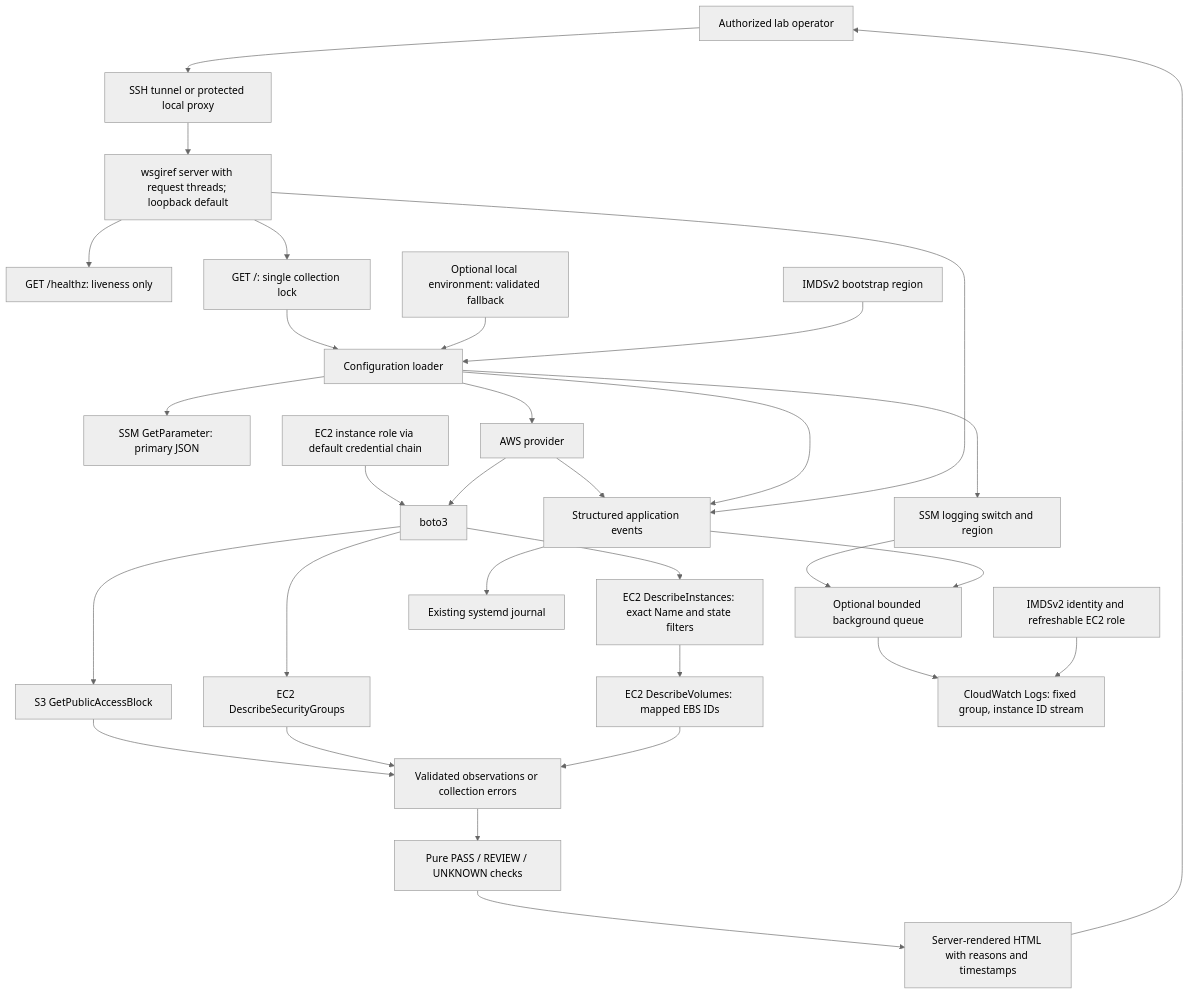
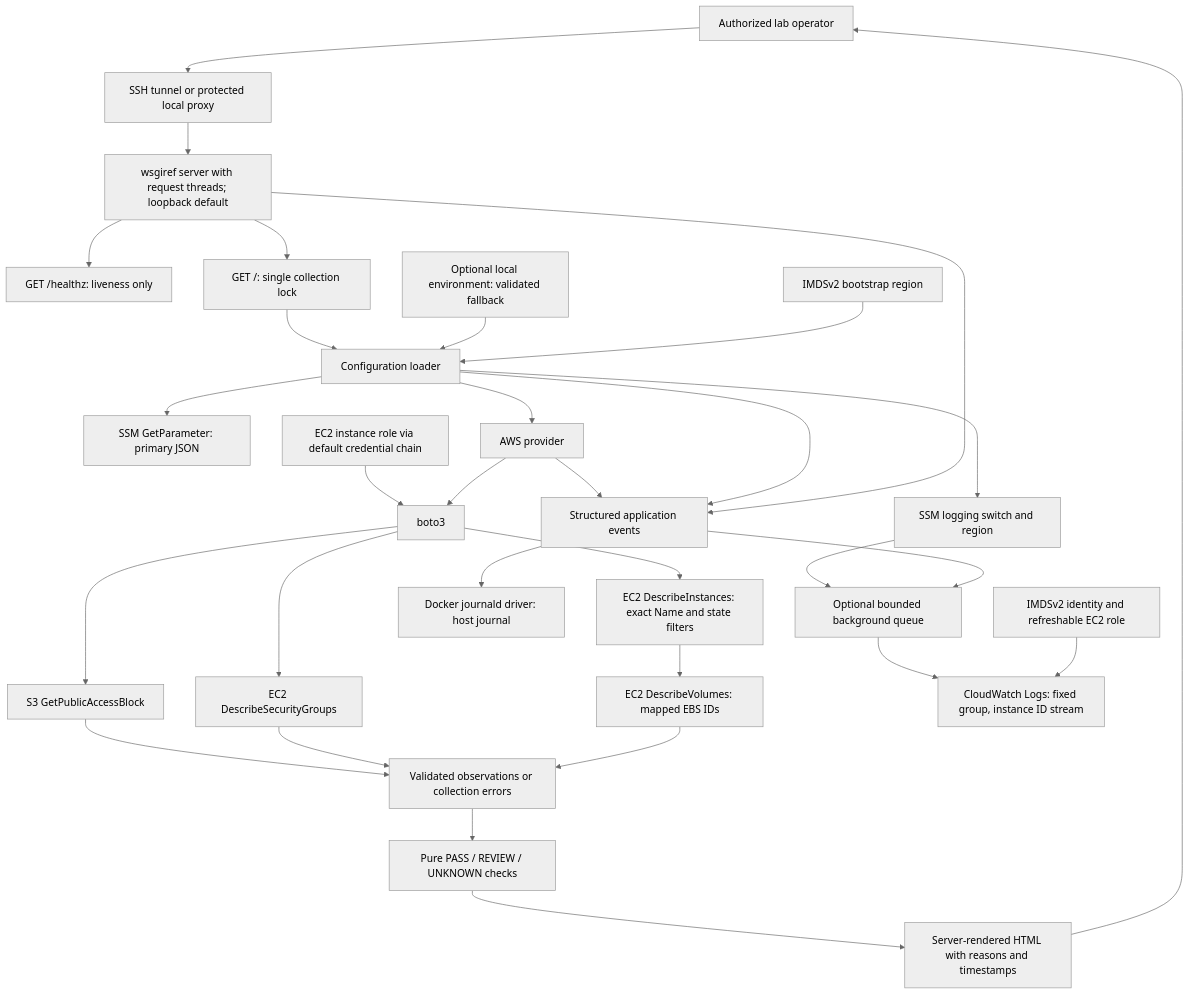
One commit to BO317/cloud-security-posture-explorer changed the diagram in docs/ARCHITECTURE.md. Above: the diagram before and after it, drawn with Mermaid (neutral theme). The commit also changed other lines of this file and 7 other files, not shown here.

````diff
--- a/docs/ARCHITECTURE.md
+++ b/docs/ARCHITECTURE.md
@@ -10,33 +10,33 @@
 ```mermaid
 flowchart TD
     User[Authorized lab operator] --> Access[SSH tunnel or protected local proxy]
     Access --> Web[wsgiref server with request threads; loopback default]
     Web --> Health[GET /healthz: liveness only]
     Web --> Gate[GET /: single collection lock]
     Gate --> Config[Configuration loader]
     Config --> SSM[SSM GetParameter: primary JSON]
     Env[Optional local environment: validated fallback] --> Config
     IMDS[IMDSv2 bootstrap region] --> Config
     Config --> Provider[AWS provider]
     Config --> LogChoice[SSM logging switch and region]
     LogChoice --> Queue
     Role[EC2 instance role via default credential chain] --> SDK[boto3]
     Provider --> SDK
     SDK --> S3[S3 GetPublicAccessBlock]
     SDK --> EC2[EC2 DescribeSecurityGroups]
     SDK --> Instances[EC2 DescribeInstances: exact Name and state filters]
     Instances --> Volumes[EC2 DescribeVolumes: mapped EBS IDs]
     S3 --> Evidence[Validated observations or collection errors]
     EC2 --> Evidence
     Volumes --> Evidence
     Evidence --> Checks[Pure PASS / REVIEW / UNKNOWN checks]
     Checks --> HTML[Server-rendered HTML with reasons and timestamps]
     HTML --> User
     Provider --> Audit[Structured application events]
     Config --> Audit
     Web --> Audit
-    Audit --> Journal[Existing systemd journal]
+    Audit --> Journal[Docker journald driver: host journal]
     Audit --> Queue[Optional bounded background queue]
     Queue --> Logs[CloudWatch Logs: fixed group, instance ID stream]
     Metadata[IMDSv2 identity and refreshable EC2 role] --> Logs
 ```
````
